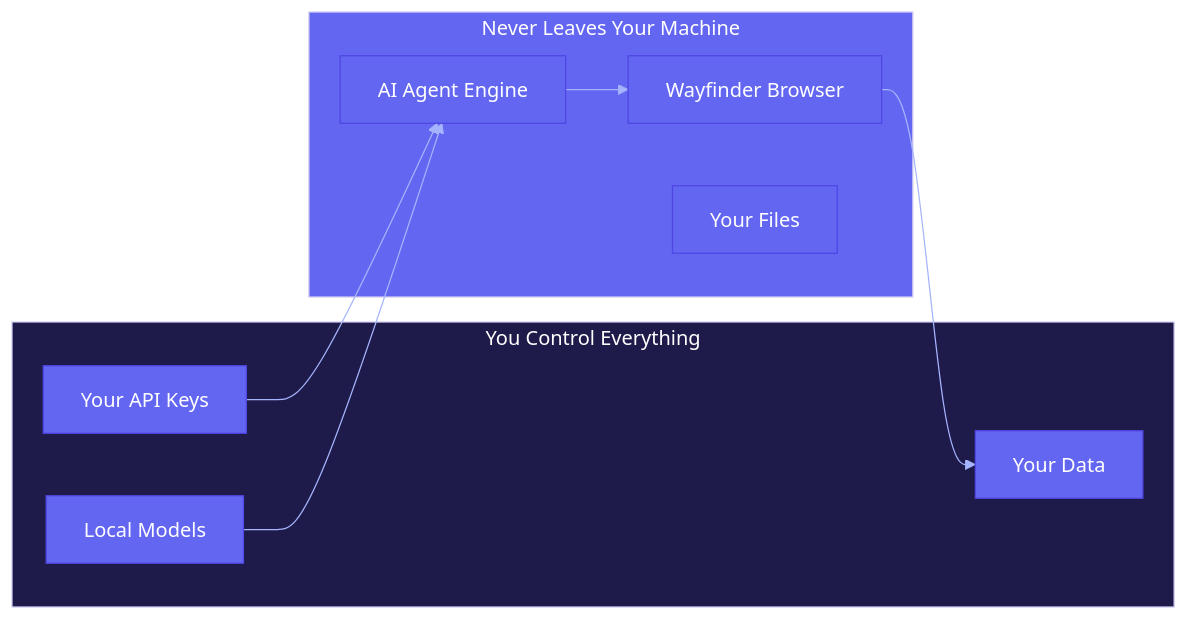
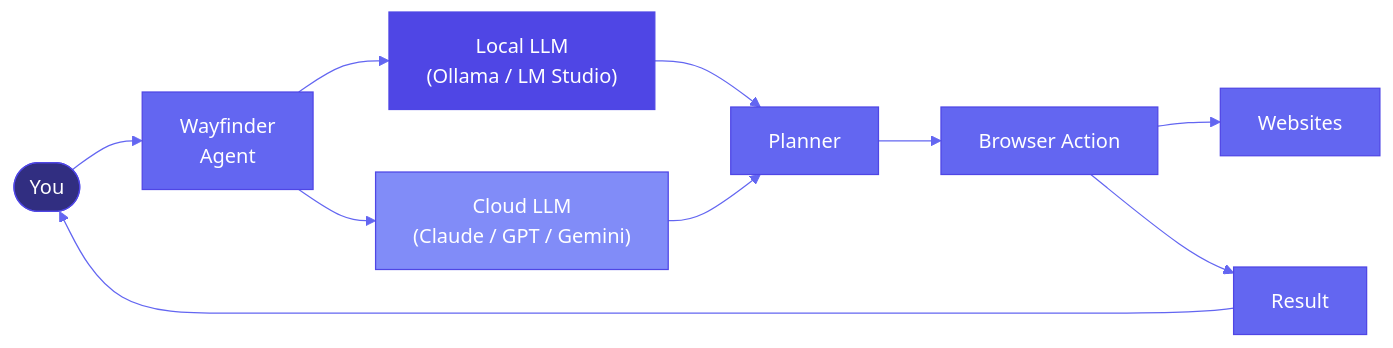
The first of 5 diagrams in README.md (rahulcvwebsitehosting/wayfinder), drawn with Mermaid before and after one commit. The commit also changed other lines of this file, not shown here.

````diff
--- a/README.md
+++ b/README.md
@@ -76,23 +26,23 @@
 ```mermaid
-%%{init: {'theme': 'base', 'themeVariables': { 'primaryColor': '#6366F1', 'primaryTextColor': '#fff', 'primaryBorderColor': '#4f46e5', 'lineColor': '#a5b4fc', 'secondaryColor': '#1e1b4b', 'tertiaryColor': '#f5f3ff'}}}%%
+%%{init: {'theme': 'base', 'themeVariables': { 'primaryColor': '#6366F1', 'primaryTextColor': '#fff', 'primaryBorderColor': '#4f46e5', 'lineColor': '#6366F1', 'secondaryColor': '#312e81', 'tertiaryColor': '#e0e7ff'}}}%%
 flowchart LR
-    subgraph YOU [You Control Everything]
-        KEYS[Your API Keys]
-        DATA[Your Data]
-        LOCAL[Local Models]
-    end
+    YOU([You]) --> WAY["Wayfinder
+Agent"]
+    WAY --> LOCAL["Local LLM
+(Ollama / LM Studio)"]
+    WAY --> CLOUD["Cloud LLM
+(Claude / GPT / Gemini)"]
+    LOCAL --> PLAN[Planner]
+    CLOUD --> PLAN
+    PLAN --> BROWSER[Browser Action]
+    BROWSER --> SITES[Websites]
+    BROWSER --> RESULT[Result]
+    RESULT --> YOU
     
-    subgraph NOT [Never Leaves Your Machine]
-        BROWSER[Wayfinder Browser]
-        AGENT_ENGINE[AI Agent Engine]
-        FILES[Your Files]
-    end
-    
-    KEYS --> AGENT_ENGINE
-    LOCAL --> AGENT_ENGINE
-    AGENT_ENGINE --> BROWSER
-    BROWSER --> DATA
-    
-    style YOU fill:#1e1b4b,color:#fff
-    style NOT fill:#6366F1,color:#fff
+    style YOU fill:#312e81,color:#fff
+    style WAY fill:#6366F1,color:#fff
+    style LOCAL fill:#4f46e5,color:#fff
+    style CLOUD fill:#818cf8,color:#fff
+    style PLAN fill:#6366F1,color:#fff
+    style BROWSER fill:#6366F1,color:#fff
 ```
````
